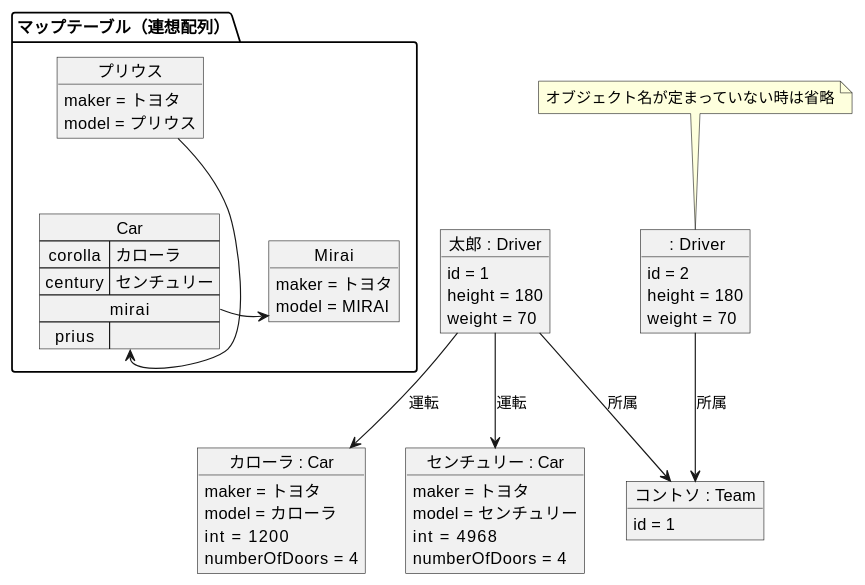
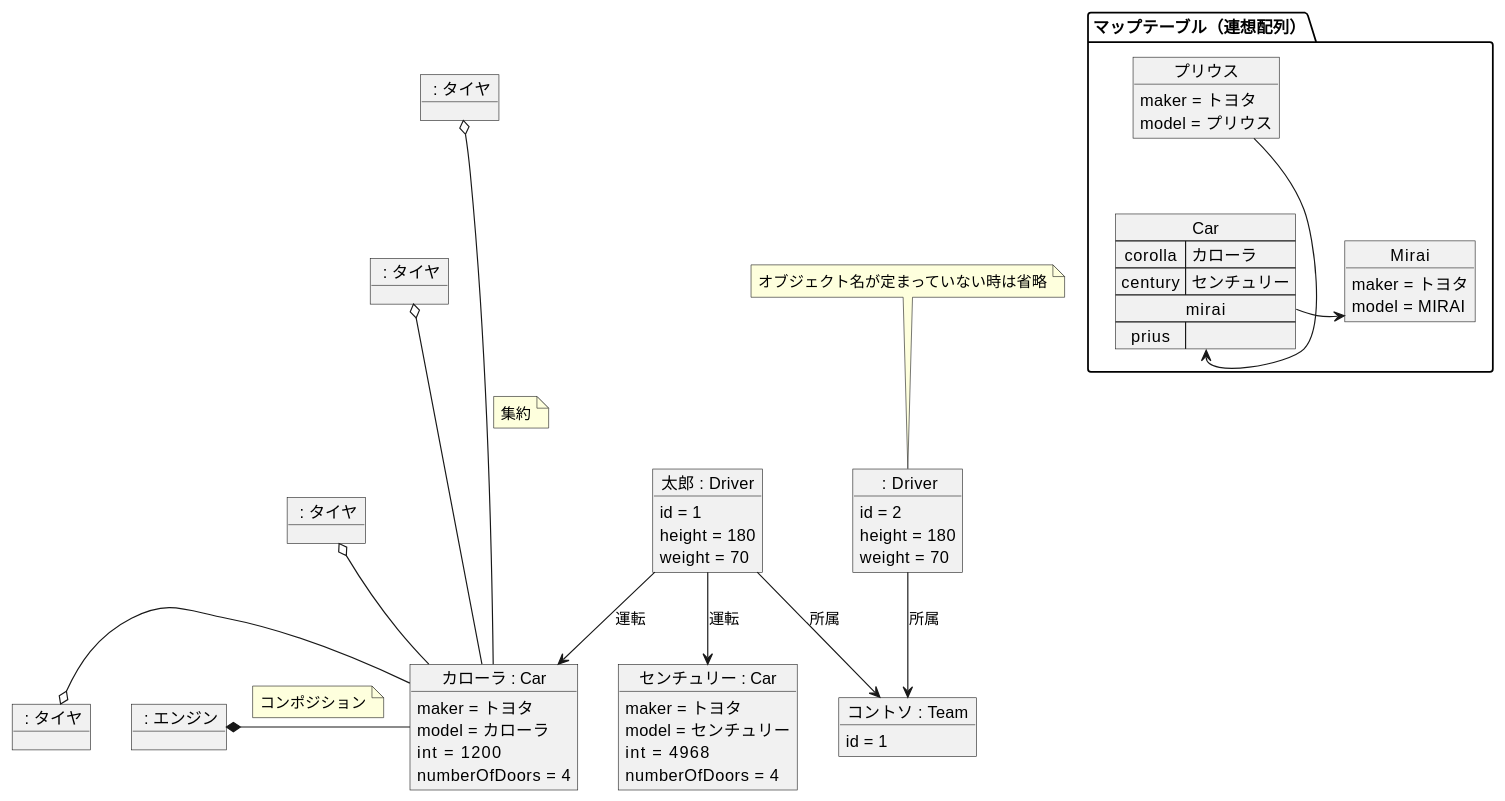
Before and after one commit to yzkn/PlantUML-CheatSheet: the diagram in src/05-002-0000-オブジェクト図.md, drawn with PlantUML.

```diff
--- a/src/05-002-0000-オブジェクト図.md
+++ b/src/05-002-0000-オブジェクト図.md
@@ -35,12 +35,31 @@
     id = 1
 }
 
+object " : エンジン" as engine
+
+object " : タイヤ" as tire1
+object " : タイヤ" as tire2
+object " : タイヤ" as tire3
+object " : タイヤ" as tire4
+
 
 taro --> corolla : 運転
 taro --> century : 運転
 
 driver --> contoso : 所属
 taro   --> contoso : 所属
+
+tire1 o- corolla
+note on link : 集約
+tire2 o- corolla
+tire3 o- corolla
+tire4 o- corolla
+tire1 -[hidden]-> tire2
+tire2 -[hidden]-> tire3
+tire3 -[hidden]-> tire4
+
+engine *- corolla
+note on link : コンポジション
 
 
 package マップテーブル（連想配列） {
```
